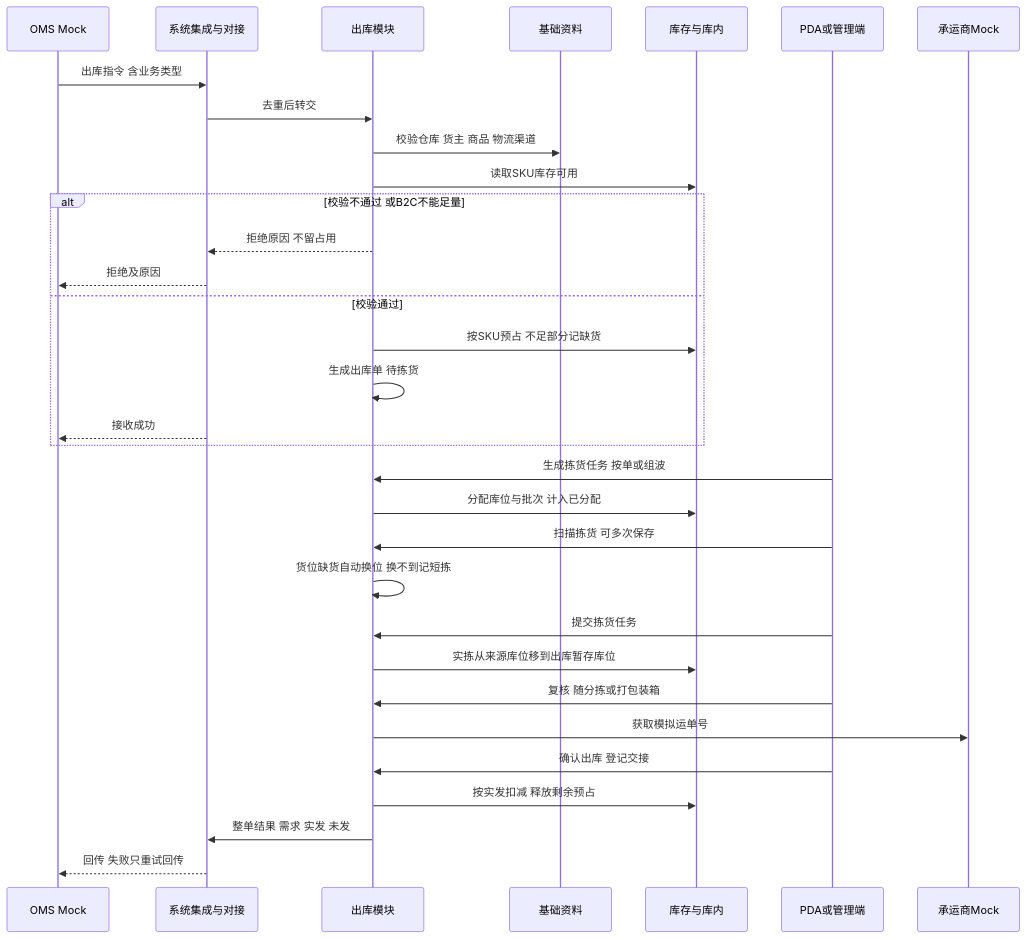
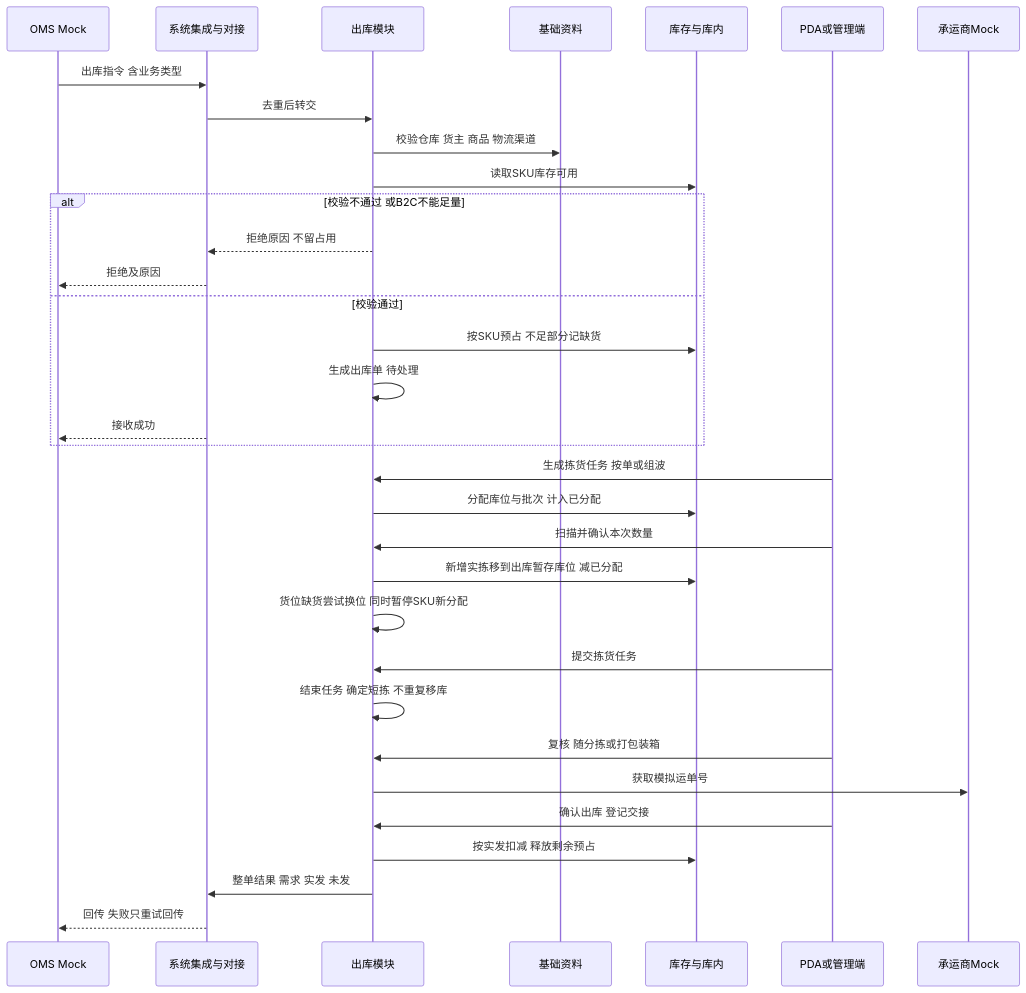
One commit to TopVitamin/QS-WMS-Project changed the third of 4 diagrams in 01-全局背景信息/05-出库模块宏观系统架构.md. Above: the diagram before and after it, drawn with Mermaid. The commit also changed other lines of this file and 281 other files, not shown here.

````diff
--- a/01-全局背景信息/05-出库模块宏观系统架构.md
+++ b/01-全局背景信息/05-出库模块宏观系统架构.md
@@ -246,34 +292,35 @@
 ```mermaid
 sequenceDiagram
     participant O as OMS Mock
     participant I as 系统集成与对接
     participant W as 出库模块
     participant M as 基础资料
     participant S as 库存与库内
     participant P as PDA或管理端
     participant L as 承运商Mock
     O->>I: 出库指令 含业务类型
     I->>W: 去重后转交
     W->>M: 校验仓库 货主 商品 物流渠道
     W->>S: 读取SKU库存可用
     alt 校验不通过 或B2C不能足量
         W-->>I: 拒绝原因 不留占用
         I-->>O: 拒绝及原因
     else 校验通过
         W->>S: 按SKU预占 不足部分记缺货
-        W->>W: 生成出库单 待拣货
+        W->>W: 生成出库单 待处理
         I-->>O: 接收成功
     end
     P->>W: 生成拣货任务 按单或组波
     W->>S: 分配库位与批次 计入已分配
-    P->>W: 扫描拣货 可多次保存
-    W->>W: 货位缺货自动换位 换不到记短拣
+    P->>W: 扫描并确认本次数量
+    W->>S: 新增实拣移到出库暂存库位 减已分配
+    W->>W: 货位缺货尝试换位 同时暂停SKU新分配
     P->>W: 提交拣货任务
-    W->>S: 实拣从来源库位移到出库暂存库位
+    W->>W: 结束任务 确定短拣 不重复移库
     P->>W: 复核 随分拣或打包装箱
     W->>L: 获取模拟运单号
     P->>W: 确认出库 登记交接
     W->>S: 按实发扣减 释放剩余预占
     W->>I: 整单结果 需求 实发 未发
     I-->>O: 回传 失败只重试回传
 ```
````
